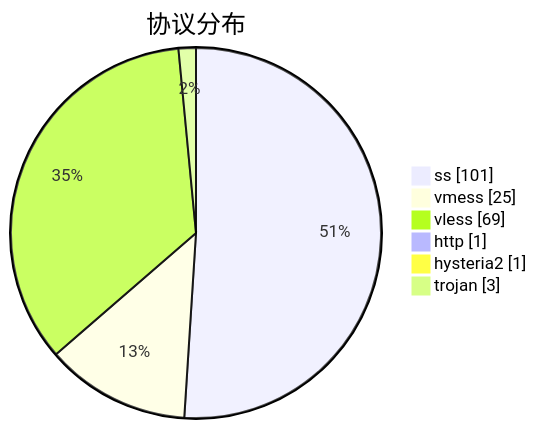
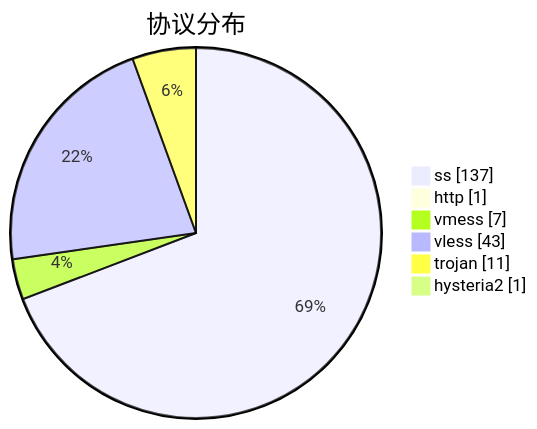
One commit to qjlxg/airport changed the third of 3 diagrams in subs/statistics/tested_within.md. Above: the diagram before and after it, drawn with Mermaid. The commit also changed other lines of this file and 2 other files, not shown here.

````diff
--- a/subs/statistics/tested_within.md
+++ b/subs/statistics/tested_within.md
@@ -25,10 +26,10 @@
 ```mermaid
 pie showData
 title 协议分布
-"ss" : 101
-"vmess" : 25
-"vless" : 69
+"ss" : 137
 "http" : 1
+"vmess" : 7
+"vless" : 43
+"trojan" : 11
 "hysteria2" : 1
-"trojan" : 3
 ```
````
